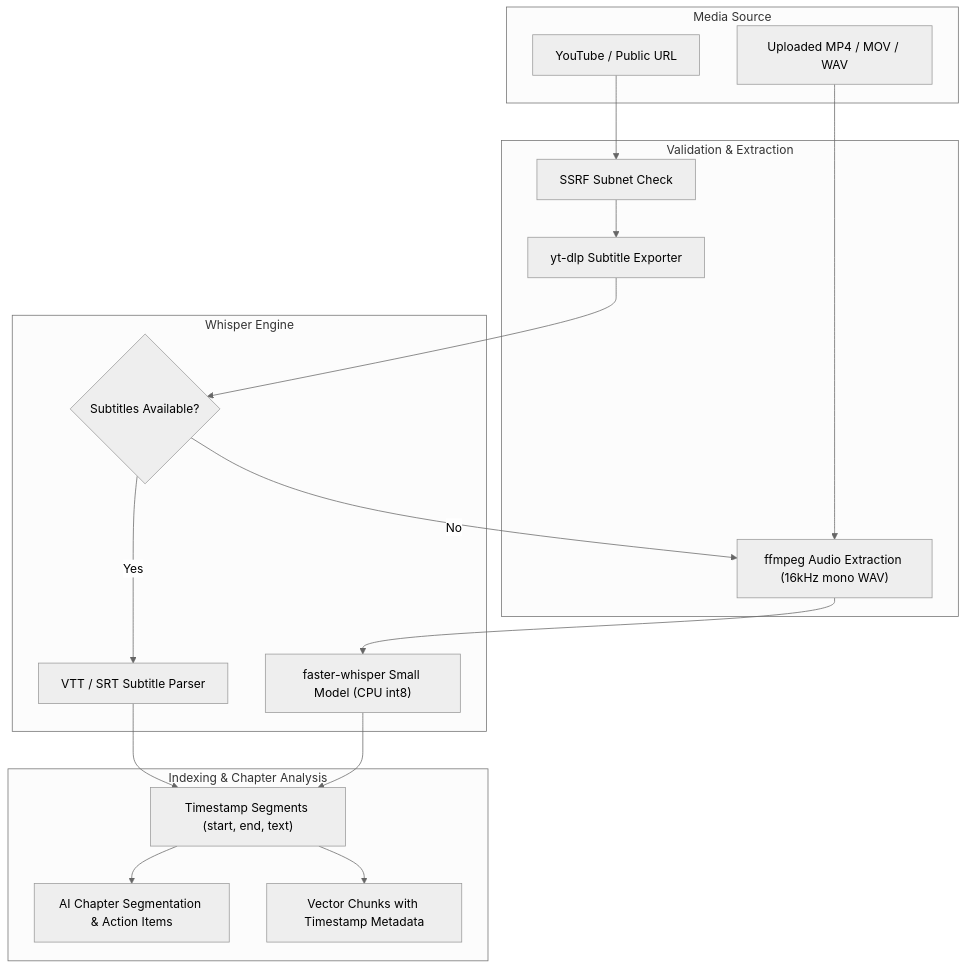
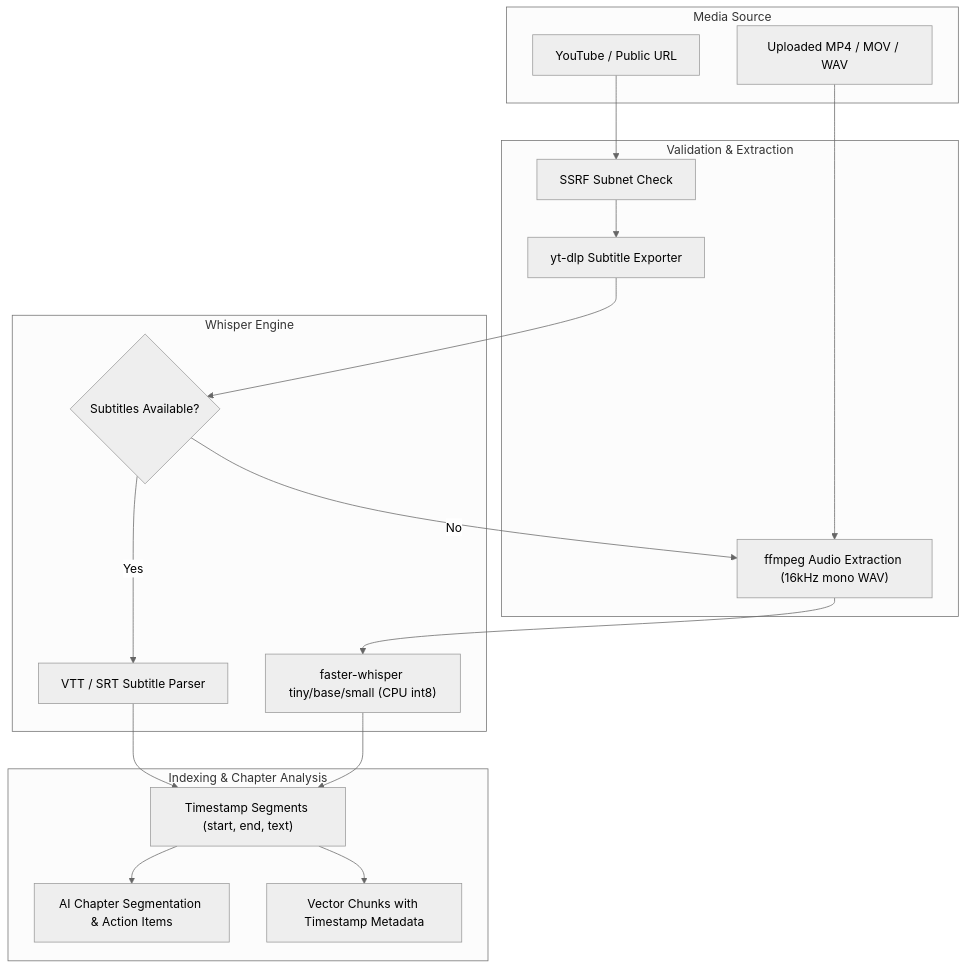
One commit to fariskishtah/enterprise-rag-platform changed the diagram in docs/architecture/media-intelligence.md. Above: the diagram before and after it, drawn with Mermaid (neutral theme). The commit also changed other lines of this file and 63 other files, not shown here.

````diff
--- a/docs/architecture/media-intelligence.md
+++ b/docs/architecture/media-intelligence.md
@@ -9,34 +9,34 @@
 ```mermaid
 flowchart TD
     subgraph Input ["Media Source"]
         FILE["Uploaded MP4 / MOV / WAV"]
         YOUTUBE["YouTube / Public URL"]
     end
 
     subgraph Download ["Validation & Extraction"]
         SSRF["SSRF Subnet Check"]
         YTDLP["yt-dlp Subtitle Exporter"]
         FFMPEG["ffmpeg Audio Extraction (16kHz mono WAV)"]
     end
 
     subgraph Transcription ["Whisper Engine"]
         SUBTITLE_CHECK{"Subtitles Available?"}
         PARSER["VTT / SRT Subtitle Parser"]
-        WHISPER["faster-whisper Small Model (CPU int8)"]
+        WHISPER["faster-whisper tiny/base/small (CPU int8)"]
     end
 
     subgraph Intelligence ["Indexing & Chapter Analysis"]
         SEGMENTS["Timestamp Segments (start, end, text)"]
         CHAPTERS["AI Chapter Segmentation & Action Items"]
         VECTOR["Vector Chunks with Timestamp Metadata"]
     end
 
     FILE --> FFMPEG
     YOUTUBE --> SSRF --> YTDLP
     YTDLP --> SUBTITLE_CHECK
     SUBTITLE_CHECK -- Yes --> PARSER --> SEGMENTS
     SUBTITLE_CHECK -- No --> FFMPEG --> WHISPER --> SEGMENTS
     
     SEGMENTS --> CHAPTERS
     SEGMENTS --> VECTOR
 ```
````
